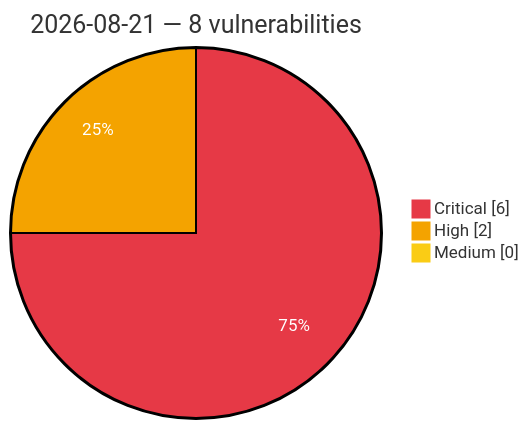
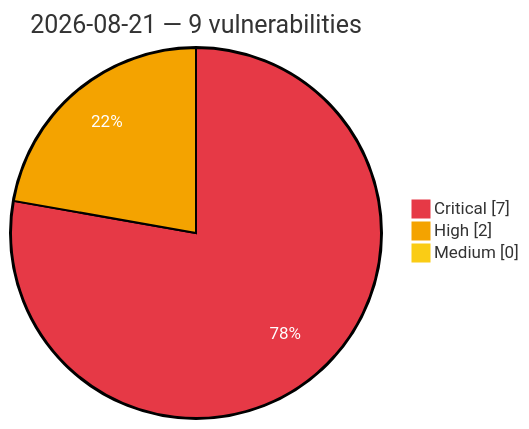
One commit to GhostX0X/vuln-tracker changed the diagram in vulnerabilities/2026/August/2026-08-21.md. Above: the diagram before and after it, drawn with Mermaid. The commit also changed other lines of this file and 5 other files, not shown here.

````diff
--- a/vulnerabilities/2026/August/2026-08-21.md
+++ b/vulnerabilities/2026/August/2026-08-21.md
@@ -3,8 +3,8 @@
 ```mermaid
 %%{init: {'theme':'base', 'themeVariables': {'pie1':'#e63946', 'pie2':'#f4a300', 'pie3':'#facc15', 'pieOpacity':'1', 'pieOuterStrokeWidth':'2px', 'pieSectionTextColor':'#ffffff'}}}%%
 pie showData
-    title 2026-08-21 — 8 vulnerabilities
-    "Critical" : 6
+    title 2026-08-21 — 9 vulnerabilities
+    "Critical" : 7
     "High" : 2
     "Medium" : 0
 ```
````
